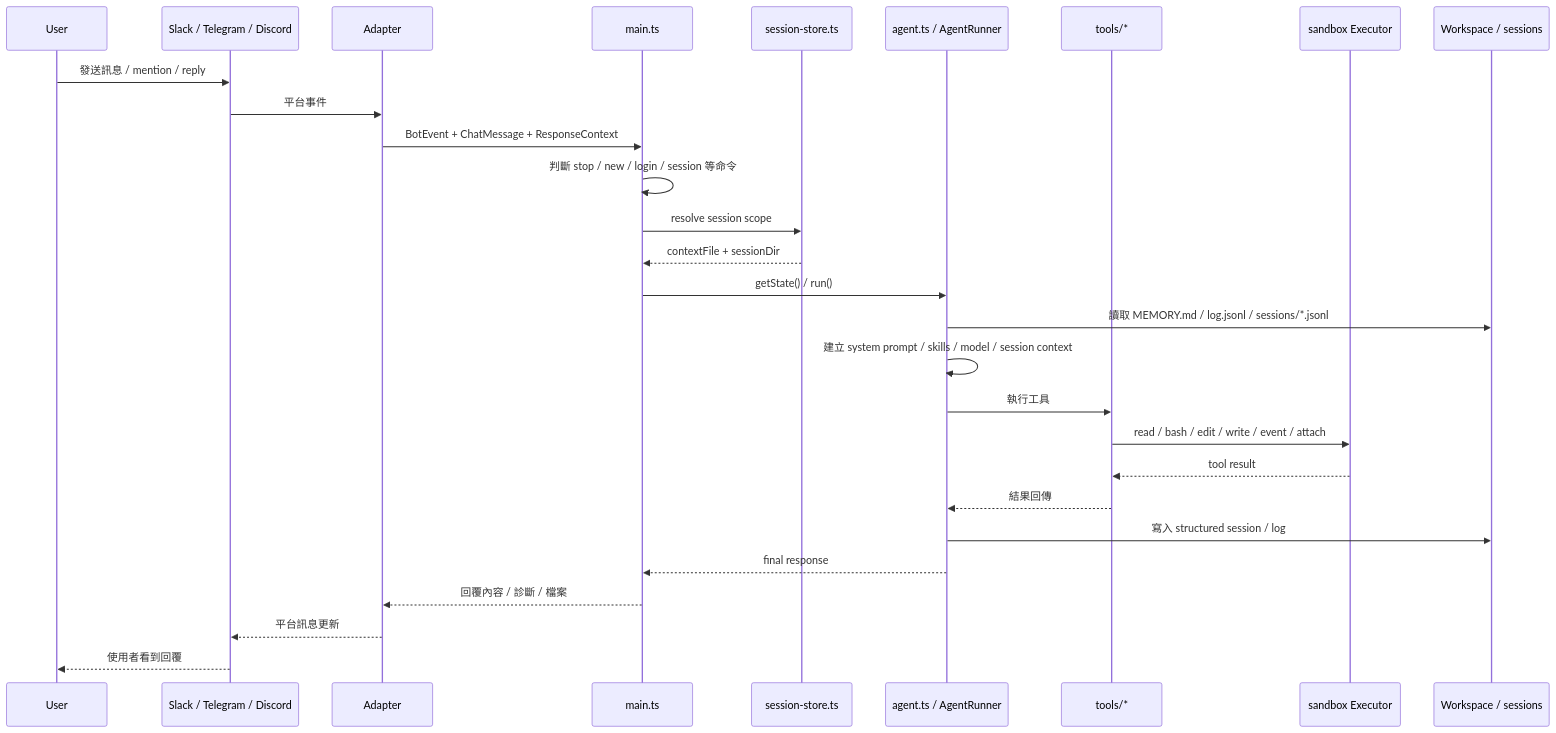
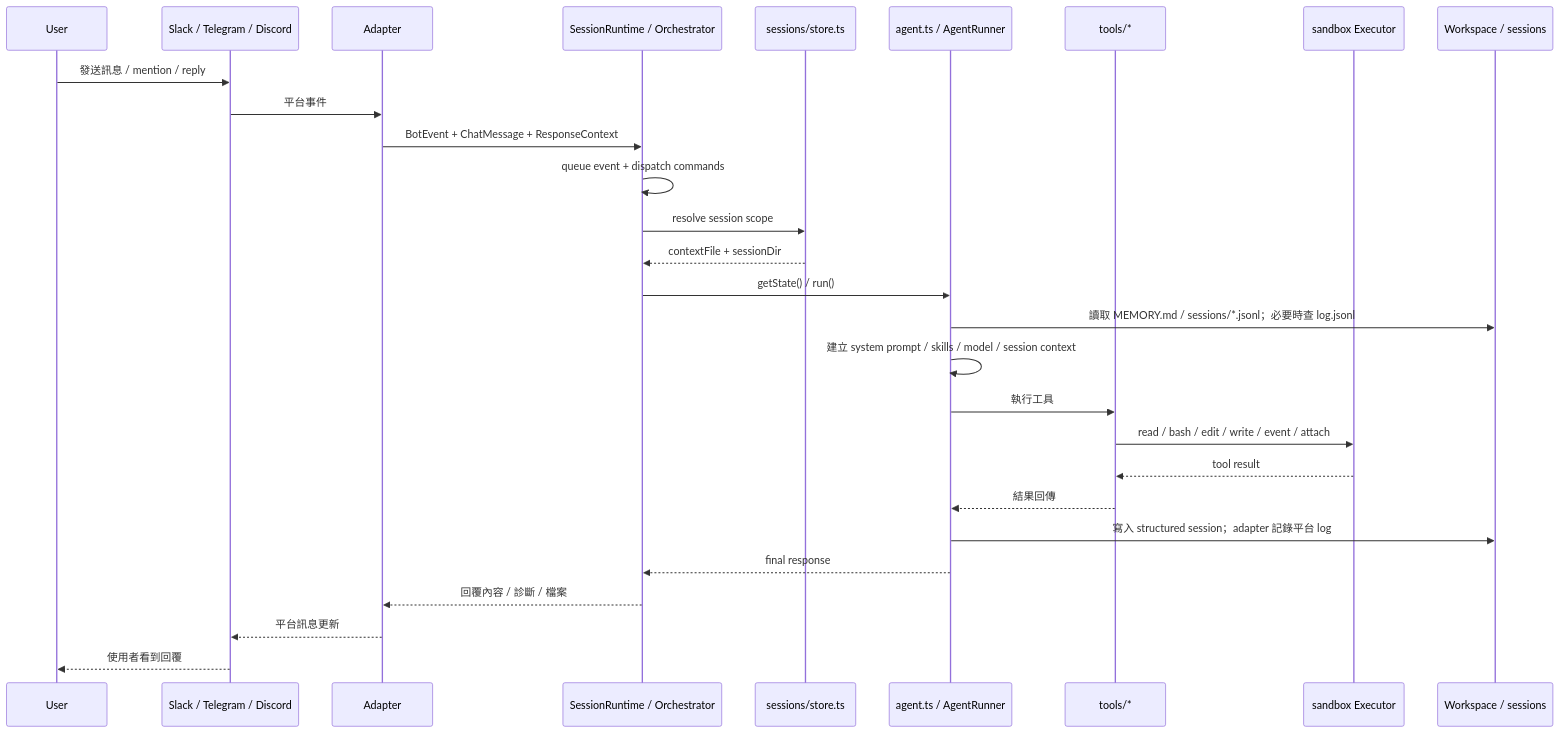
Before and after one commit to geminixiang/mikan: the second of 3 diagrams in docs/architecture.md, drawn with Mermaid. The commit also changed other lines of this file and 3 other files, not shown here.

Commit message:
docs(readme): add architecture diagram image

````diff
--- a/docs/architecture.md
+++ b/docs/architecture.md
@@ -183,31 +186,31 @@
 ```mermaid
 sequenceDiagram
   participant U as User
   participant P as Slack / Telegram / Discord
   participant A as Adapter
-  participant M as main.ts
-  participant S as session-store.ts
+  participant M as SessionRuntime / Orchestrator
+  participant S as sessions/store.ts
   participant R as agent.ts / AgentRunner
   participant T as tools/*
   participant X as sandbox Executor
   participant W as Workspace / sessions
 
   U->>P: 發送訊息 / mention / reply
   P->>A: 平台事件
   A->>M: BotEvent + ChatMessage + ResponseContext
-  M->>M: 判斷 stop / new / login / session 等命令
+  M->>M: queue event + dispatch commands
   M->>S: resolve session scope
   S-->>M: contextFile + sessionDir
   M->>R: getState() / run()
-  R->>W: 讀取 MEMORY.md / log.jsonl / sessions/*.jsonl
+  R->>W: 讀取 MEMORY.md / sessions/*.jsonl；必要時查 log.jsonl
   R->>R: 建立 system prompt / skills / model / session context
   R->>T: 執行工具
   T->>X: read / bash / edit / write / event / attach
   X-->>T: tool result
   T-->>R: 結果回傳
-  R->>W: 寫入 structured session / log
+  R->>W: 寫入 structured session；adapter 記錄平台 log
   R-->>M: final response
   M-->>A: 回覆內容 / 診斷 / 檔案
   A-->>P: 平台訊息更新
   P-->>U: 使用者看到回覆
 ```
````
